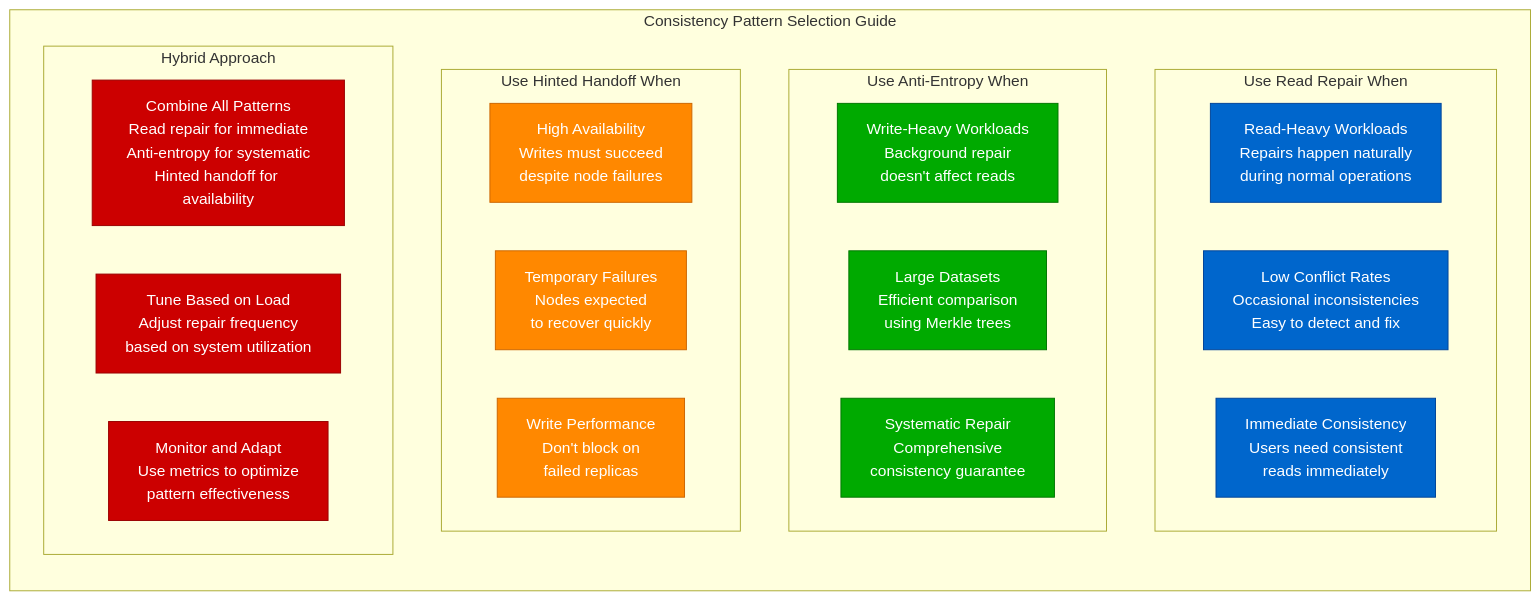
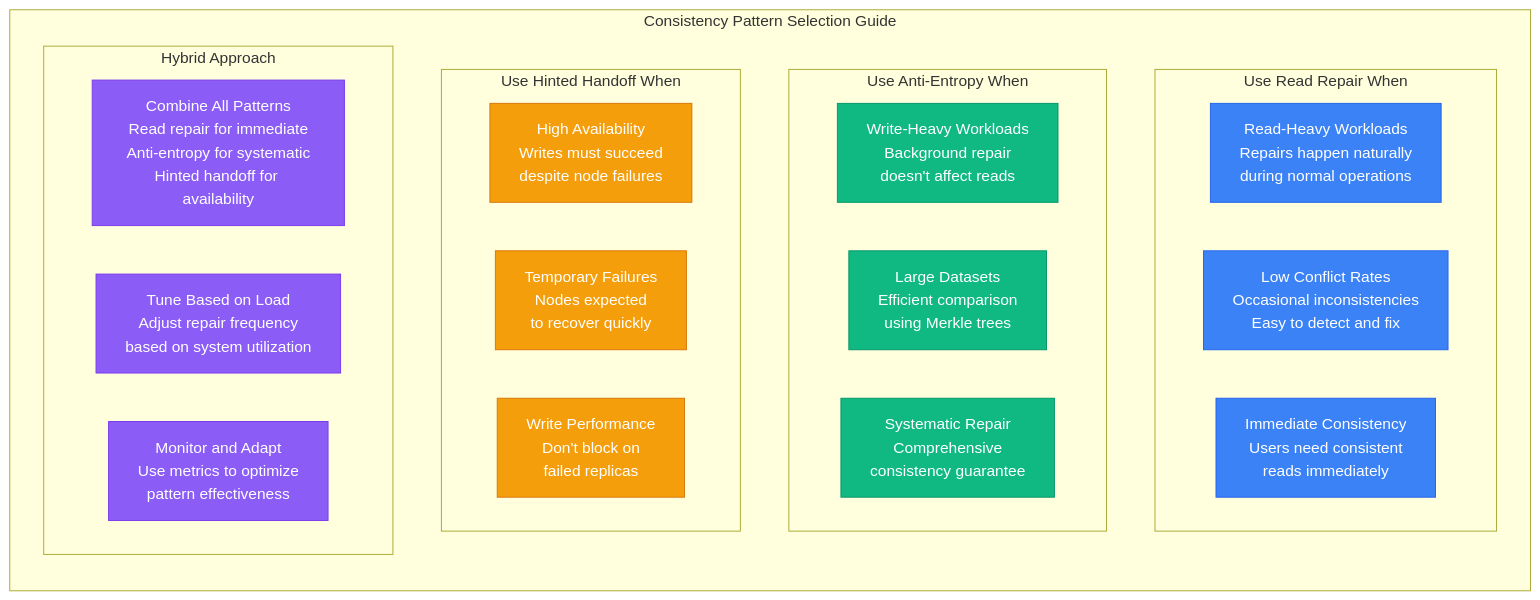
Before and after one commit to deepaucksharma/DS: the ninth of 9 diagrams in site/docs/guarantees/eventual-consistency/eventual-consistency-patterns.md, drawn with Mermaid. The commit also changed other lines of this file and 303 other files, not shown here.

````diff
--- a/site/docs/guarantees/eventual-consistency/eventual-consistency-patterns.md
+++ b/site/docs/guarantees/eventual-consistency/eventual-consistency-patterns.md
@@ -691,38 +691,38 @@
 ```mermaid
 graph LR
     subgraph PatternSelection[Consistency Pattern Selection Guide]
         subgraph ReadRepairUseCase[Use Read Repair When]
             RR1[Read-Heavy Workloads<br/>Repairs happen naturally<br/>during normal operations]
             RR2[Low Conflict Rates<br/>Occasional inconsistencies<br/>Easy to detect and fix]
             RR3[Immediate Consistency<br/>Users need consistent<br/>reads immediately]
         end
 
         subgraph AntiEntropyUseCase[Use Anti-Entropy When]
             AE1[Write-Heavy Workloads<br/>Background repair<br/>doesn't affect reads]
             AE2[Large Datasets<br/>Efficient comparison<br/>using Merkle trees]
             AE3[Systematic Repair<br/>Comprehensive<br/>consistency guarantee]
         end
 
         subgraph HintedHandoffUseCase[Use Hinted Handoff When]
             HH1[High Availability<br/>Writes must succeed<br/>despite node failures]
             HH2[Temporary Failures<br/>Nodes expected<br/>to recover quickly]
             HH3[Write Performance<br/>Don't block on<br/>failed replicas]
         end
 
         subgraph HybridApproach[Hybrid Approach]
             HA1[Combine All Patterns<br/>Read repair for immediate<br/>Anti-entropy for systematic<br/>Hinted handoff for availability]
             HA2[Tune Based on Load<br/>Adjust repair frequency<br/>based on system utilization]
             HA3[Monitor and Adapt<br/>Use metrics to optimize<br/>pattern effectiveness]
         end
     end
 
-    classDef readRepairStyle fill:#0066CC,stroke:#004499,color:#fff
-    classDef antiEntropyStyle fill:#00AA00,stroke:#007700,color:#fff
-    classDef hintedHandoffStyle fill:#FF8800,stroke:#CC6600,color:#fff
-    classDef hybridStyle fill:#CC0000,stroke:#990000,color:#fff
+    classDef readRepairStyle fill:#3B82F6,stroke:#2563EB,color:#fff
+    classDef antiEntropyStyle fill:#10B981,stroke:#059669,color:#fff
+    classDef hintedHandoffStyle fill:#F59E0B,stroke:#D97706,color:#fff
+    classDef hybridStyle fill:#8B5CF6,stroke:#7C3AED,color:#fff
 
     class RR1,RR2,RR3 readRepairStyle
     class AE1,AE2,AE3 antiEntropyStyle
     class HH1,HH2,HH3 hintedHandoffStyle
     class HA1,HA2,HA3 hybridStyle
 ```
````
